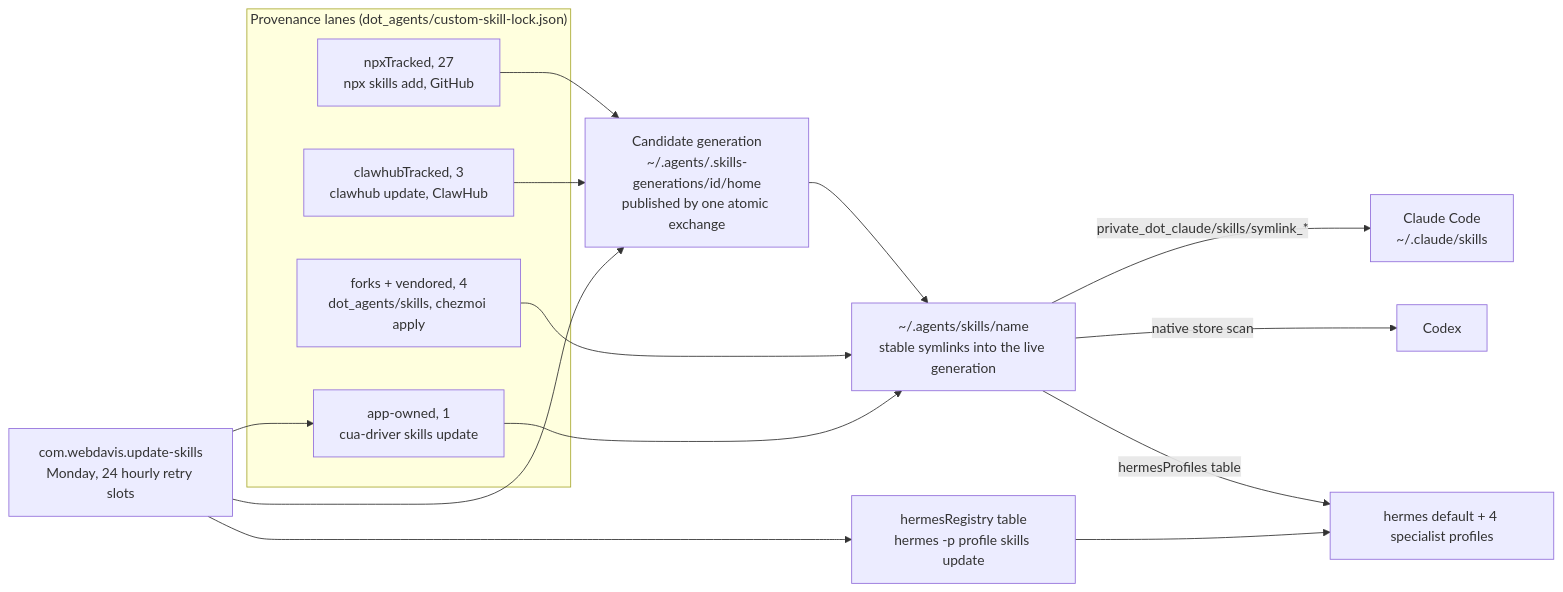
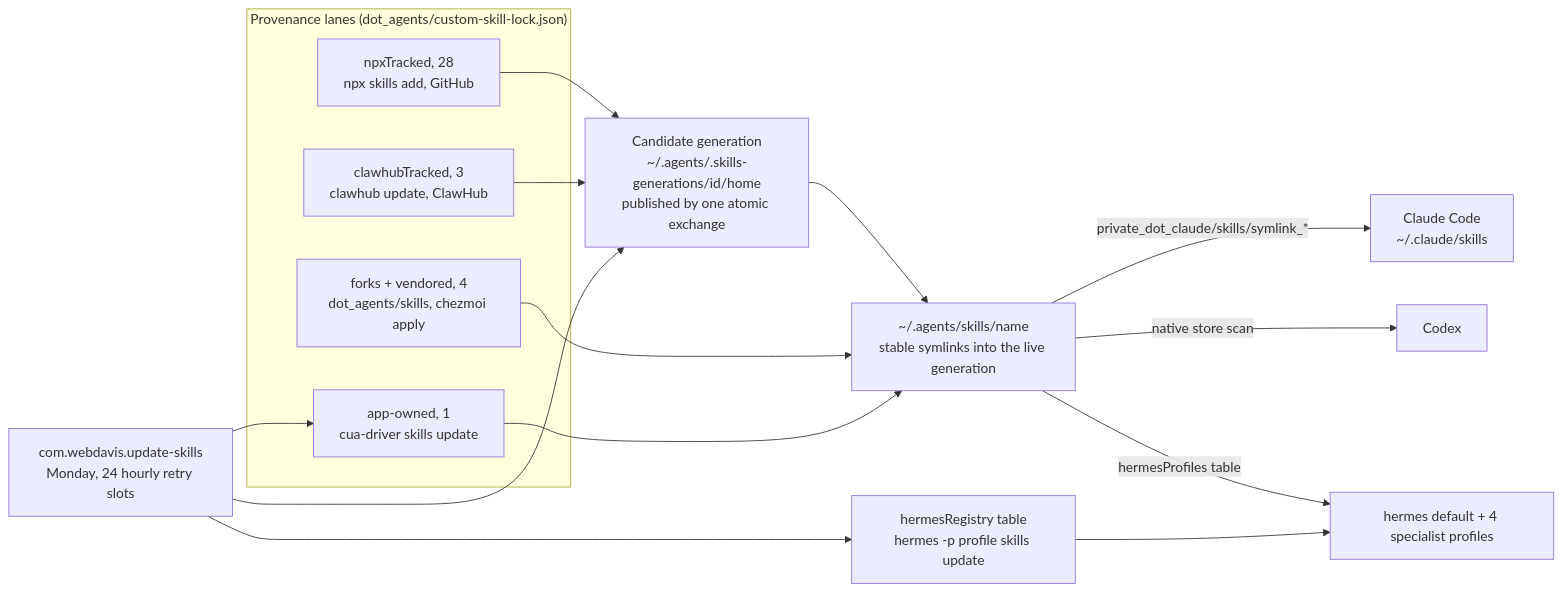
The diagram in docs/runbooks/agent-skills-store.md (webdavis/dotfiles), drawn with Mermaid before and after one commit. The commit also changed other lines of this file and 5 other files, not shown here.

````diff
--- a/docs/runbooks/agent-skills-store.md
+++ b/docs/runbooks/agent-skills-store.md
@@ -14,23 +14,23 @@
 ```mermaid
 flowchart LR
   subgraph provenance["Provenance lanes (dot_agents/custom-skill-lock.json)"]
-    NPX["npxTracked, 27<br/>npx skills add, GitHub"]
+    NPX["npxTracked, 28<br/>npx skills add, GitHub"]
     CLAW["clawhubTracked, 3<br/>clawhub update, ClawHub"]
     VEND["forks + vendored, 4<br/>dot_agents/skills, chezmoi apply"]
     APP["app-owned, 1<br/>cua-driver skills update"]
   end
   NPX --> GEN
   CLAW --> GEN
   GEN["Candidate generation<br/>~/.agents/.skills-generations/id/home<br/>published by one atomic exchange"]
   GEN --> STORE
   VEND --> STORE
   APP --> STORE
   STORE["~/.agents/skills/name<br/>stable symlinks into the live generation"]
   STORE -->|"private_dot_claude/skills/symlink_*"| CC["Claude Code<br/>~/.claude/skills"]
   STORE -->|"native store scan"| CODEX["Codex"]
   STORE -->|"hermesProfiles table"| HERMES["hermes default + 4 specialist profiles"]
   HUB["hermesRegistry table<br/>hermes -p profile skills update"] --> HERMES
   WEEK["com.webdavis.update-skills<br/>Monday, 24 hourly retry slots"] --> GEN
   WEEK --> HUB
   WEEK --> APP
 ```
````
